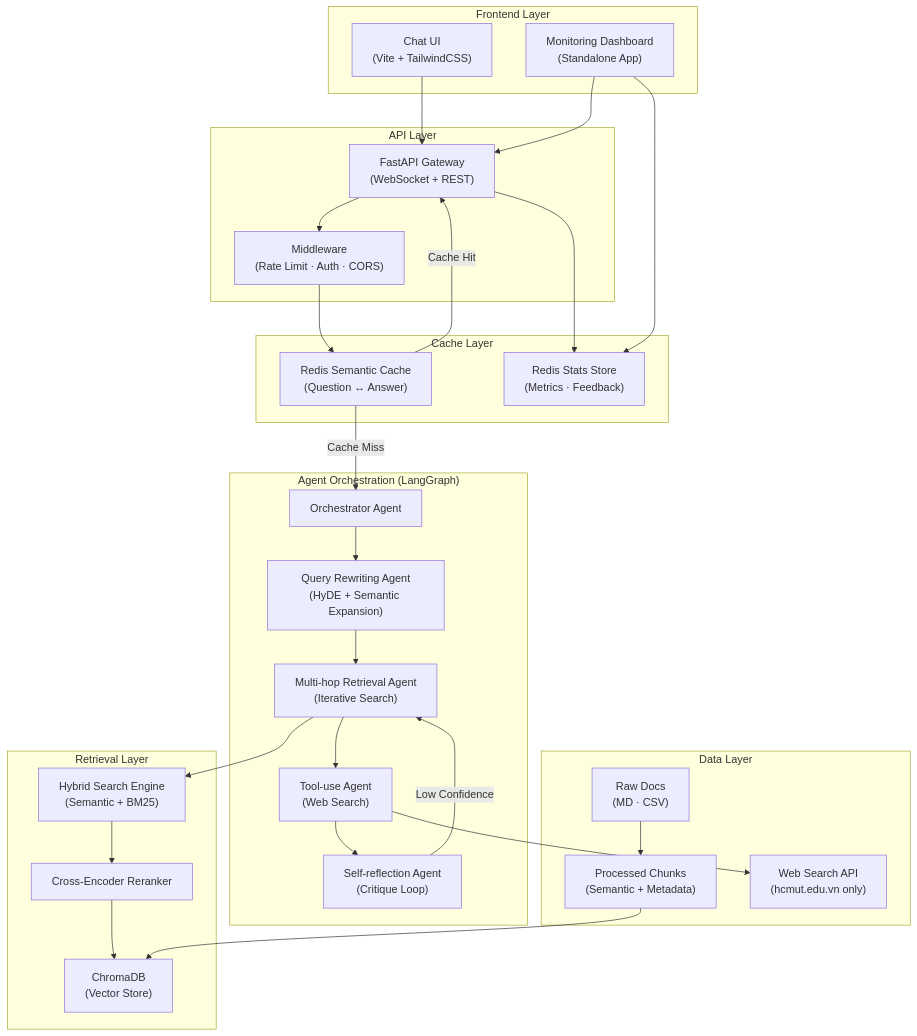
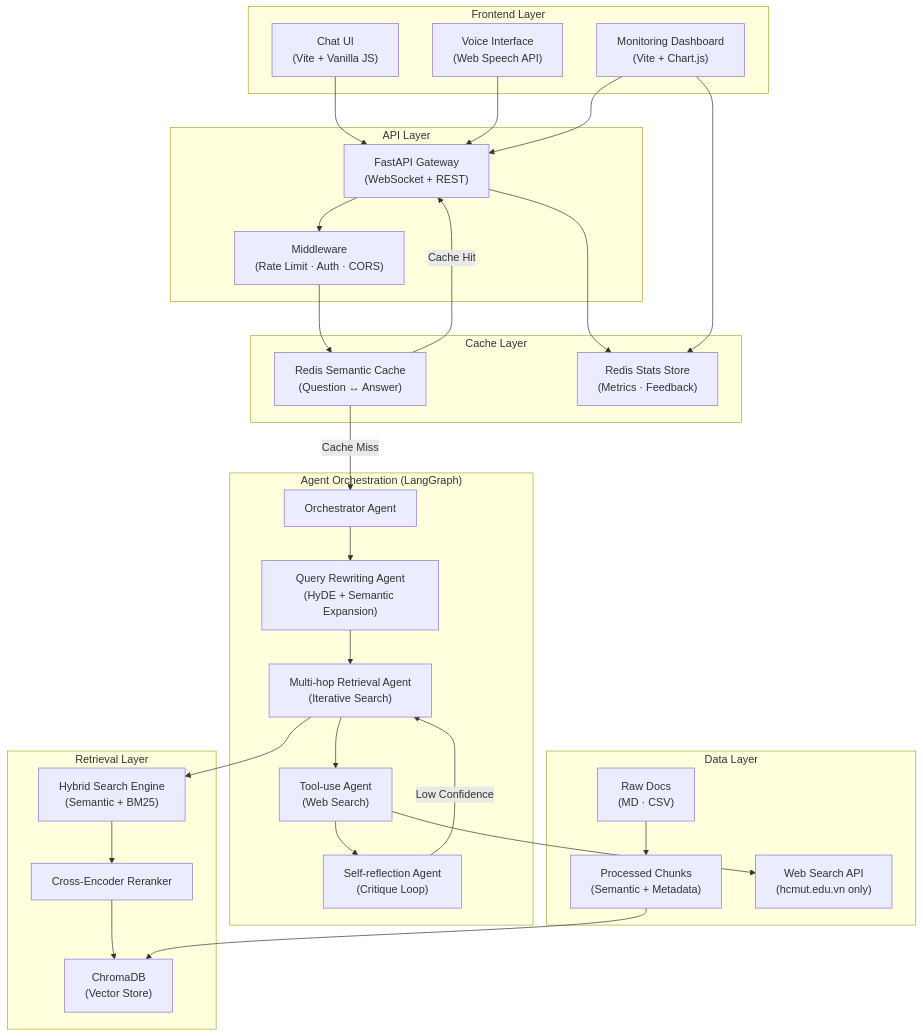
One commit to BennedictQuanTon/BKAi-Admission-System changed the first of 4 diagrams in README.md. Above: the diagram before and after it, drawn with Mermaid. The commit also changed other lines of this file and 18 other files, not shown here.

````diff
--- a/README.md
+++ b/README.md
@@ -26,50 +47,52 @@
 ```mermaid
 graph TB
     subgraph "Frontend Layer"
-        UI["Chat UI<br/>(Vite + TailwindCSS)"]
-        DASH["Monitoring Dashboard<br/>(Standalone App)"]
+        UI["Chat UI<br/>(Vite + Vanilla JS)"]
+        VOICE["Voice Interface<br/>(Web Speech API)"]
+        DASH["Monitoring Dashboard<br/>(Vite + Chart.js)"]
     end
 
     subgraph "API Layer"
         API["FastAPI Gateway<br/>(WebSocket + REST)"]
         MW["Middleware<br/>(Rate Limit · Auth · CORS)"]
     end
 
     subgraph "Cache Layer"
         RC["Redis Semantic Cache<br/>(Question ↔ Answer)"]
         RC2["Redis Stats Store<br/>(Metrics · Feedback)"]
     end
 
     subgraph "Agent Orchestration (LangGraph)"
         ORCH["Orchestrator Agent"]
         QR["Query Rewriting Agent<br/>(HyDE + Semantic Expansion)"]
         MHR["Multi-hop Retrieval Agent<br/>(Iterative Search)"]
         TUA["Tool-use Agent<br/>(Web Search)"]
         SRA["Self-reflection Agent<br/>(Critique Loop)"]
     end
 
     subgraph "Retrieval Layer"
         HS["Hybrid Search Engine<br/>(Semantic + BM25)"]
         RR["Cross-Encoder Reranker"]
         CHROMA["ChromaDB<br/>(Vector Store)"]
     end
 
     subgraph "Data Layer"
         RAW["Raw Docs<br/>(MD · CSV)"]
         PROC["Processed Chunks<br/>(Semantic + Metadata)"]
         MCP["Web Search API<br/>(hcmut.edu.vn only)"]
     end
 
     UI --> API
+    VOICE --> API
     DASH --> API
     API --> MW --> RC
     RC -->|Cache Hit| API
     RC -->|Cache Miss| ORCH
     ORCH --> QR --> MHR --> TUA --> SRA
     MHR --> HS --> RR --> CHROMA
     TUA --> MCP
     RAW --> PROC --> CHROMA
     SRA -->|Low Confidence| MHR
     API --> RC2
     DASH --> RC2
 ```
````
